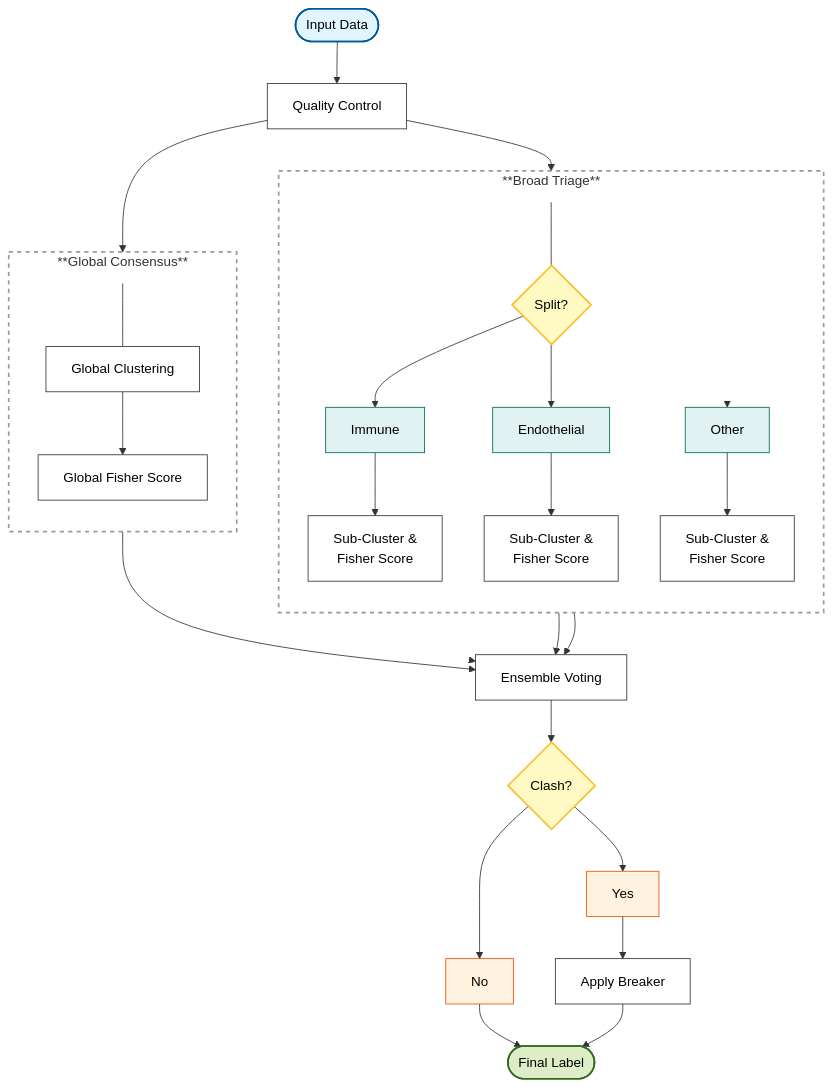
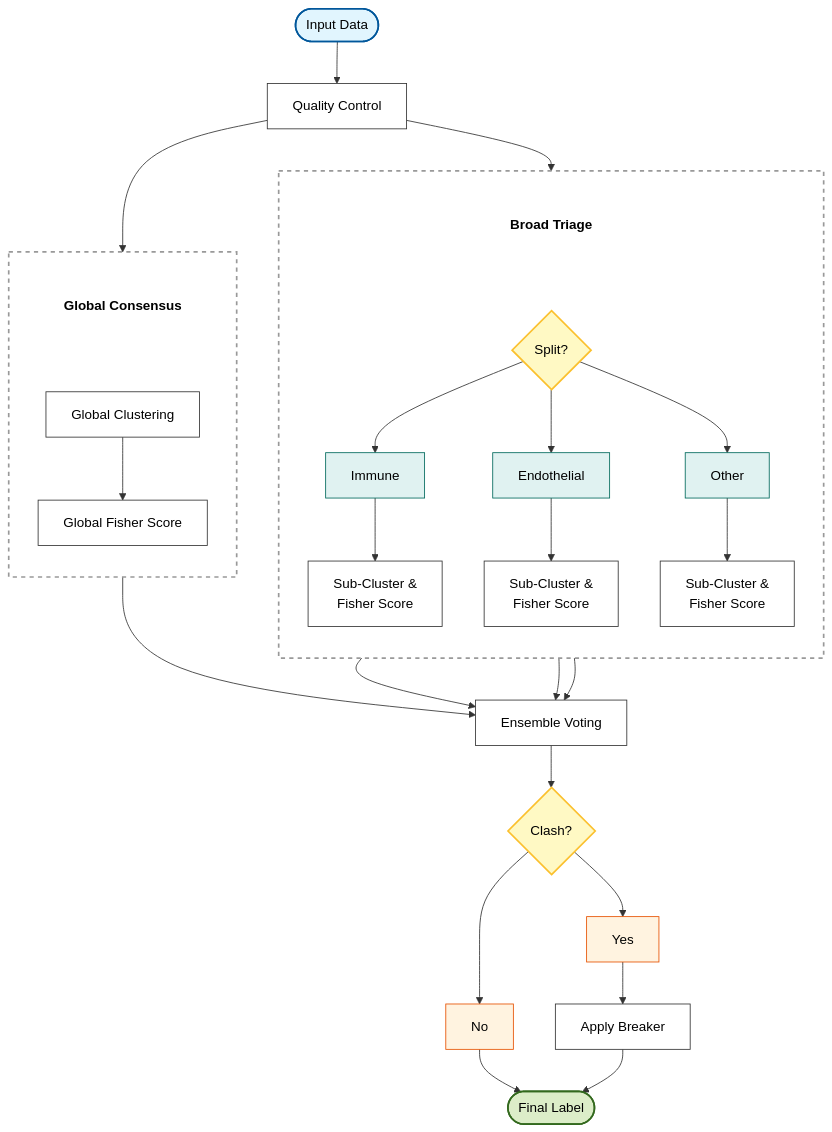
The diagram in README.md (ajxa/CellVoteR), drawn with Mermaid before and after one commit.

Commit message:
updated the workflow diagram

````diff
--- a/README.md
+++ b/README.md
@@ -36,42 +36,44 @@
 ```mermaid
 graph TD
-    %% --- Node Styling ---
-    %% "hidden" class makes spacer nodes invisible
-    classDef hidden fill:none,stroke:none,color:none,width:0px,height:0px
-
+    %% --- Styles ---
     classDef default fill:#ffffff,stroke:#333,stroke-width:1px,color:#000
     classDef start fill:#e1f5fe,stroke:#01579b,stroke-width:2px,color:#000
     
-    %% Track Styling: No fill, dashed border, adaptive text color
+    %% Track Box: Dashed border, no fill
     classDef track fill:none,stroke:#999,stroke-width:2px,stroke-dasharray: 5 5
+    
+    %% Titles: Invisible box, bold text
+    classDef title fill:none,stroke:none,font-weight:bold,font-size:16px,color:#000
     
     classDef decision fill:#fff9c4,stroke:#fbc02d,stroke-width:2px,color:#000
     classDef group fill:#e0f2f1,stroke:#00695c,stroke-width:1px,color:#000
     classDef logic fill:#fff3e0,stroke:#e65100,stroke-width:1px,color:#000
     classDef endnode fill:#dcedc8,stroke:#33691e,stroke-width:2px,color:#000
 
-    %% --- Input & QC ---
+    %% --- Input Phase ---
     Input([Input Data]):::start --> QC[Quality Control]
 
-    %% --- TRACK 1: Triage ---
-    subgraph T1 [**Broad Triage**]
+    %% --- TRACK 1: Broad Triage ---
+    subgraph T1 [ ]
         direction TB
-        %% Invisible spacer to push content down away from title
-        Spacer1[ ]:::hidden
+        %% Title Node (Acts as the entry point)
+        Title1[Broad Triage]:::title
         
         Split{Split?}:::decision
         
-        %% Group Nodes
+        %% Use invisible link between Title and Split to enforce order
+        Title1 ~~~ Split
+        
+        %% Groups
         GrpImm[Immune]:::group
         GrpEndo[Endothelial]:::group
         GrpOth[Other]:::group
         
-        Spacer1 --- Split
         Split --> GrpImm
         Split --> GrpEndo
         Split --> GrpOth
         
-        %% Processing
+        %% Processing Steps
         SubA[Sub-Cluster &<br/>Fisher Score]
         SubB[Sub-Cluster &<br/>Fisher Score]
         SubC[Sub-Cluster &<br/>Fisher Score]
@@ -81,23 +83,23 @@
         GrpOth --> SubC
     end
 
-    %% --- TRACK 2: Global ---
-    subgraph T2 [**Global Consensus**]
+    %% --- TRACK 2: Global Consensus ---
+    subgraph T2 [ ]
         direction TB
-        %% Invisible spacer
-        Spacer2[ ]:::hidden
+        %% Title Node
+        Title2[Global Consensus]:::title
         
         Global[Global Clustering]
         ScoreG[Global Fisher Score]
         
-        Spacer2 --- Global
+        Title2 ~~~ Global
         Global --> ScoreG
     end
 
-    %% --- Main Flow Connections ---
-    %% Connect QC to the Spacers to enter the box cleanly at the top
-    QC --> Spacer1
-    QC --> Spacer2
+    %% --- Main Connections ---
+    %% Connect QC to the TITLES of the tracks
+    QC --> Title1
+    QC --> Title2
 
     %% --- Ensemble & Resolution ---
     SubA & SubB & SubC --> Vote[Ensemble Voting]
@@ -105,7 +107,7 @@
 
     Vote --> Resolve{Clash?}:::decision
     
-    %% Outcome Nodes
+    %% Outcomes
     Yes[Yes]:::logic
     No[No]:::logic
     
@@ -116,9 +118,6 @@
     No --> Final([Final Label]):::endnode
     TieBreak --> Final
 
-    %% Apply Track Styles
+    %% Apply Track Styles (Border only)
     class T1,T2 track
-    
-    %% Hide the lines connecting spacers to real nodes
-    linkStyle 4,12 stroke-width:0px
 ```
````
